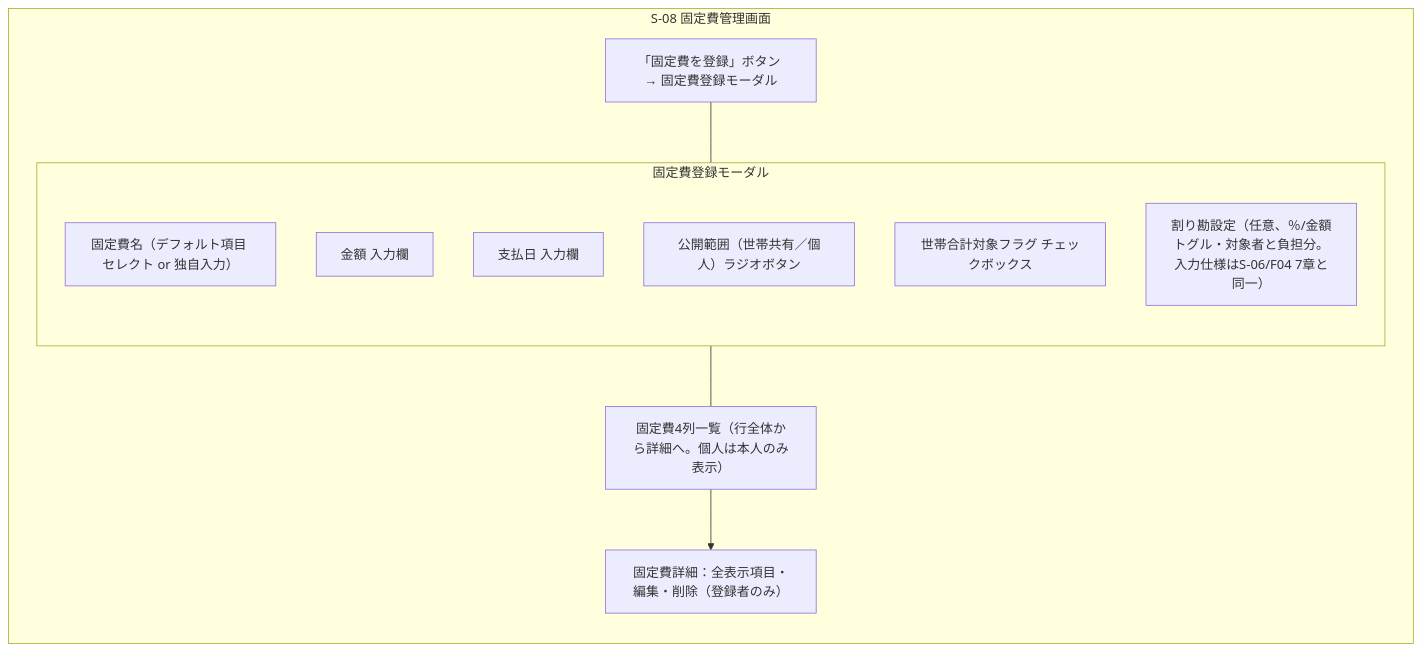
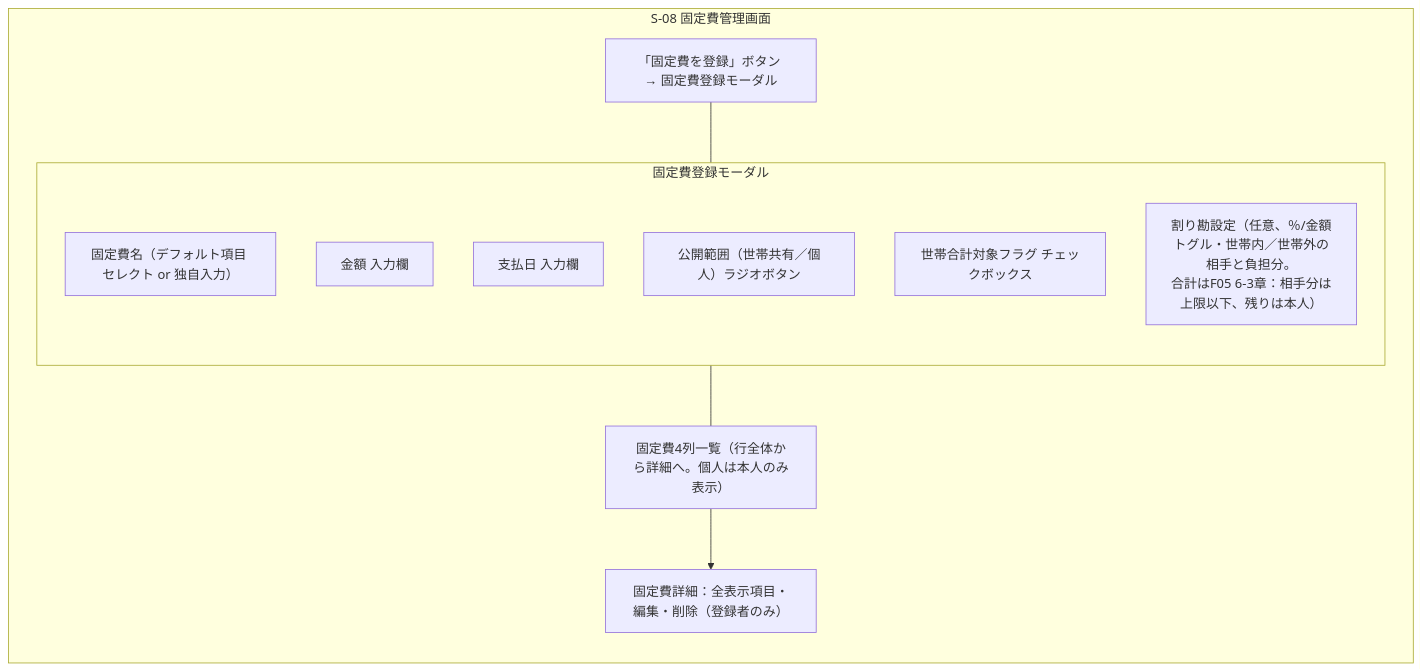
The ninth of 19 diagrams in docs/details/wireframes.md (yamamotonaoki3/HomeLog), drawn with Mermaid before and after one commit. The commit also changed other lines of this file and 12 other files, not shown here.

````diff
--- a/docs/details/wireframes.md
+++ b/docs/details/wireframes.md
@@ -452,20 +452,20 @@
 ```mermaid
 flowchart TD
     subgraph Screen["S-08 固定費管理画面"]
         direction TB
         AddBtn["「固定費を登録」ボタン → 固定費登録モーダル"]
         subgraph AddModal["固定費登録モーダル"]
             direction TB
             NameSelect["固定費名（デフォルト項目 セレクト or 独自入力）"]
             Amount["金額 入力欄"]
             PayDay["支払日 入力欄"]
             Visibility["公開範囲（世帯共有／個人）ラジオボタン"]
             HouseholdFlag["世帯合計対象フラグ チェックボックス"]
-            Split["割り勘設定（任意、％/金額トグル・対象者と負担分。\n入力仕様はS-06/F04 7章と同一）"]
+            Split["割り勘設定（任意、％/金額トグル・世帯内／世帯外の相手と負担分。\n合計はF05 6-3章：相手分は上限以下、残りは本人）"]
         end
         List["固定費4列一覧（行全体から詳細へ。個人は本人のみ表示）"]
         Detail["固定費詳細：全表示項目・編集・削除（登録者のみ）"]
     end
     AddBtn --- AddModal --- List
     List --> Detail
 ```
````
